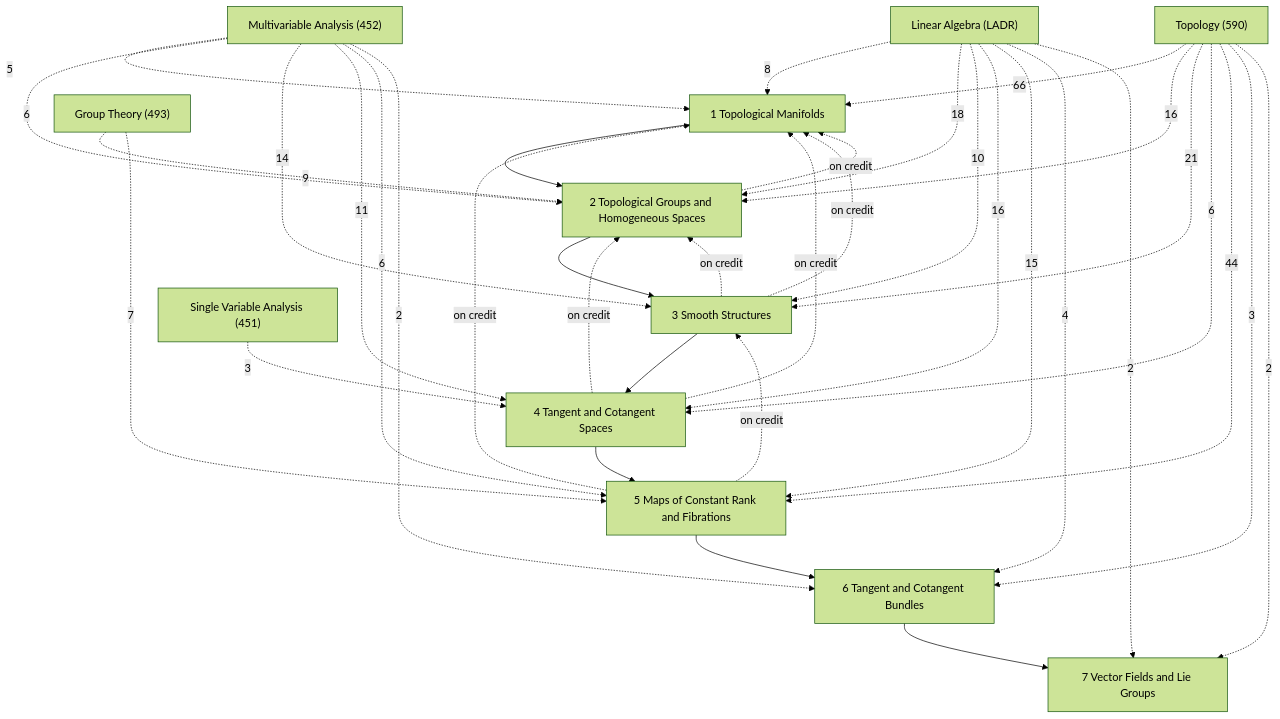
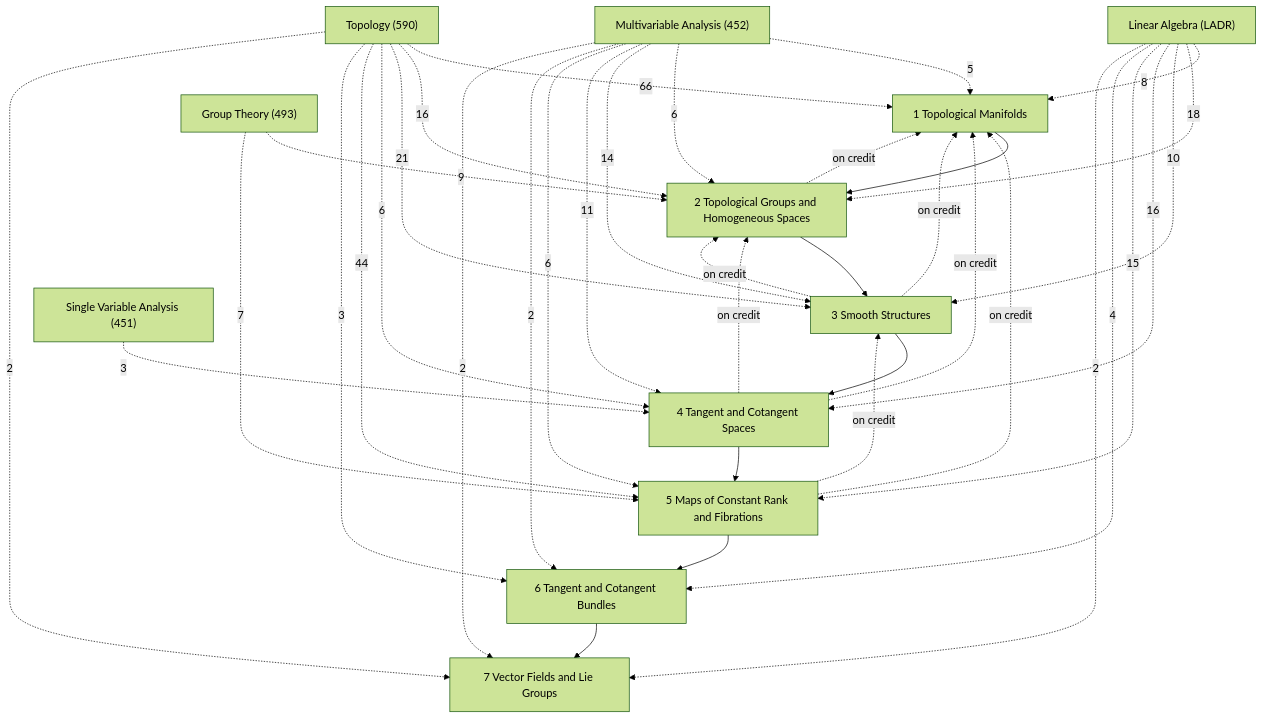
Before and after one commit to Onion20040508/notes: the diagram in Math/Differentiable Manifolds/Differentiable Manifolds.md, drawn with Mermaid (forest theme). The commit also changed other lines of this file and 54 other files, not shown here.

````diff
--- a/Math/Differentiable Manifolds/Differentiable Manifolds.md
+++ b/Math/Differentiable Manifolds/Differentiable Manifolds.md
@@ -27,51 +27,52 @@
 ```mermaid
 graph TD
   C1["1 Topological Manifolds"]
   C2["2 Topological Groups and Homogeneous Spaces"]
   C3["3 Smooth Structures"]
   C4["4 Tangent and Cotangent Spaces"]
   C5["5 Maps of Constant Rank and Fibrations"]
   C6["6 Tangent and Cotangent Bundles"]
   C7["7 Vector Fields and Lie Groups"]
   X1["Topology (590)"]
   X2["Multivariable Analysis (452)"]
   X3["Linear Algebra (LADR)"]
   X4["Group Theory (493)"]
   X5["Single Variable Analysis (451)"]
   C1 --> C2
   C2 --> C3
   C3 --> C4
   C4 --> C5
   C5 --> C6
   C6 --> C7
   C2 -.->|on credit| C1
   C3 -.->|on credit| C1
   C3 -.->|on credit| C2
   C4 -.->|on credit| C1
   C4 -.->|on credit| C2
   C5 -.->|on credit| C1
   C5 -.->|on credit| C3
   X4 -.->|9| C2
   X4 -.->|7| C5
   X3 -.->|8| C1
   X3 -.->|18| C2
   X3 -.->|10| C3
   X3 -.->|16| C4
   X3 -.->|15| C5
   X3 -.->|4| C6
   X3 -.->|2| C7
   X2 -.->|5| C1
   X2 -.->|6| C2
   X2 -.->|14| C3
   X2 -.->|11| C4
   X2 -.->|6| C5
   X2 -.->|2| C6
+  X2 -.->|2| C7
   X5 -.->|3| C4
   X1 -.->|66| C1
   X1 -.->|16| C2
   X1 -.->|21| C3
   X1 -.->|6| C4
   X1 -.->|44| C5
   X1 -.->|3| C6
   X1 -.->|2| C7
 ```
````
